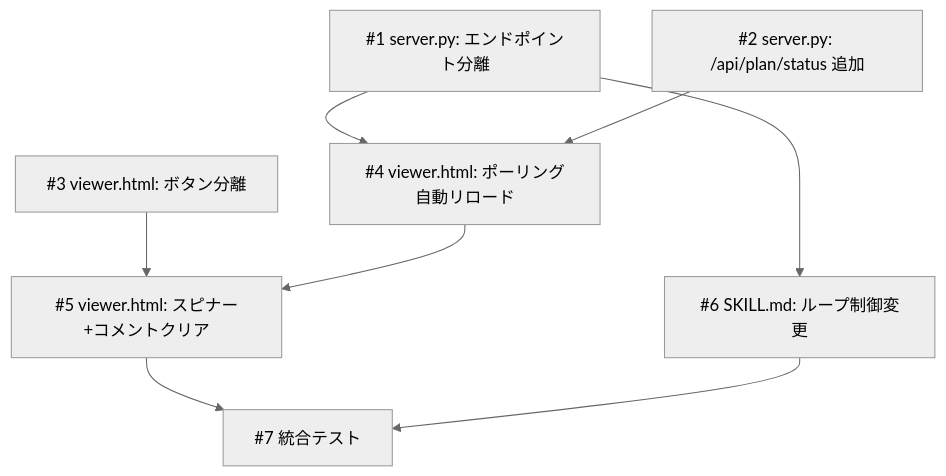
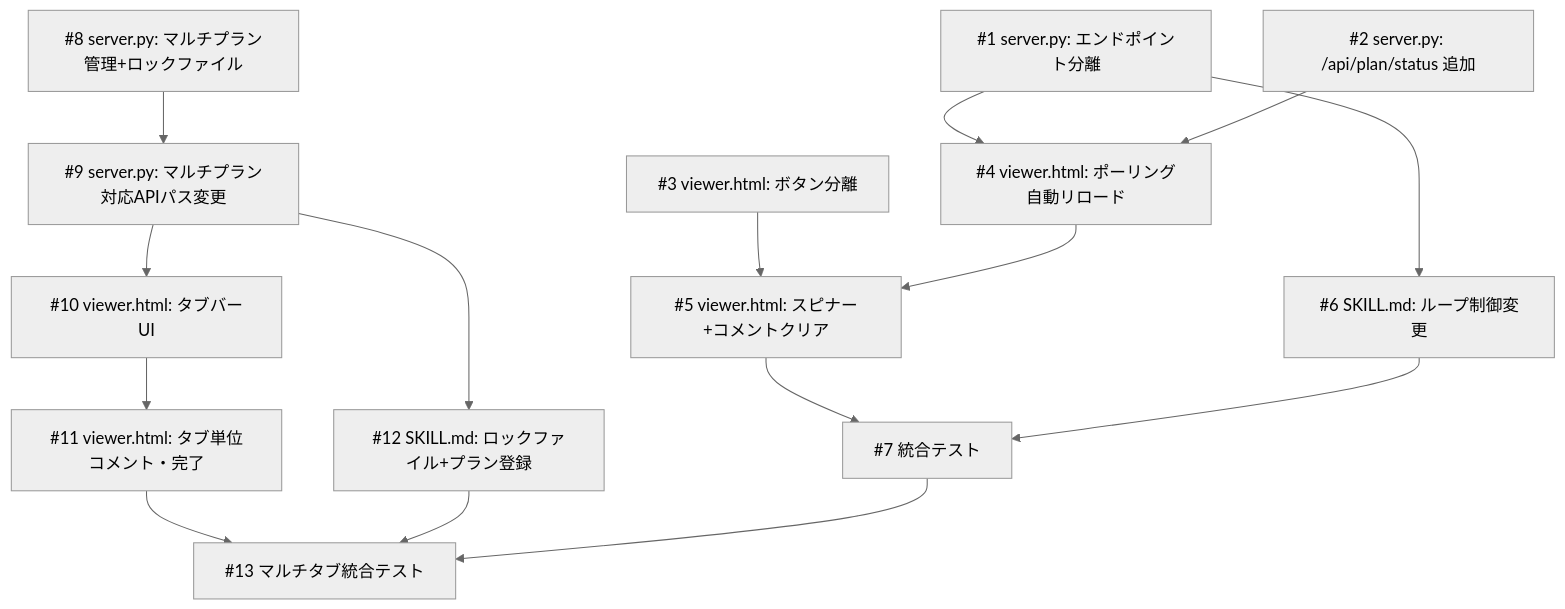
The fourth of 4 diagrams in docs/plans/live-review/plan.md (884js/spec-driven-dev), drawn with Mermaid (neutral theme) before and after one commit. The commit also changed other lines of this file and 4 other files, not shown here.

````diff
--- a/docs/plans/live-review/plan.md
+++ b/docs/plans/live-review/plan.md
@@ -223,10 +329,17 @@
 ```mermaid
 graph TD
     T1[#1 server.py: エンドポイント分離] --> T4[#4 viewer.html: ポーリング自動リロード]
     T2[#2 server.py: /api/plan/status 追加] --> T4
     T3[#3 viewer.html: ボタン分離] --> T5[#5 viewer.html: スピナー+コメントクリア]
     T4 --> T5
     T1 --> T6[#6 SKILL.md: ループ制御変更]
     T5 --> T7[#7 統合テスト]
     T6 --> T7
+    T8[#8 server.py: マルチプラン管理+ロックファイル] --> T9[#9 server.py: マルチプラン対応APIパス変更]
+    T9 --> T10[#10 viewer.html: タブバーUI]
+    T10 --> T11[#11 viewer.html: タブ単位コメント・完了]
+    T9 --> T12[#12 SKILL.md: ロックファイル+プラン登録]
+    T11 --> T13[#13 マルチタブ統合テスト]
+    T12 --> T13
+    T7 --> T13
 ```
````
